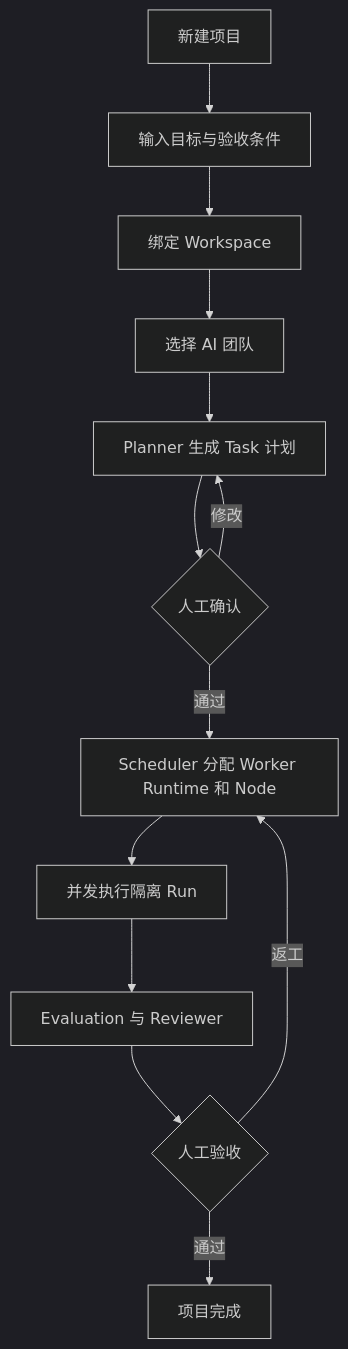
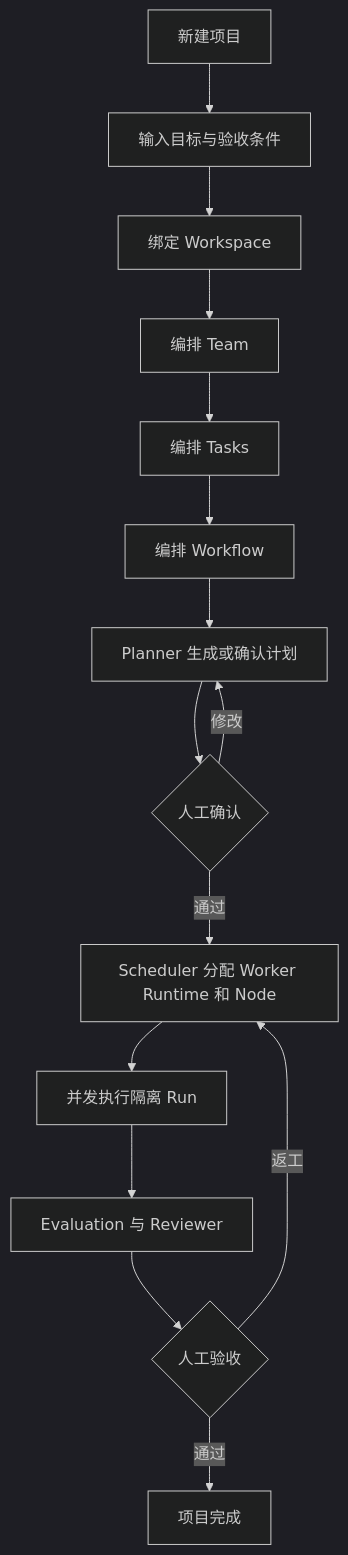
The first of 8 diagrams in docs/product-ui/02-core-user-flows.md (nicechencs/workforce), drawn with Mermaid (dark theme) before and after one commit. The commit also changed other lines of this file and 11 other files, not shown here.

````diff
--- a/docs/product-ui/02-core-user-flows.md
+++ b/docs/product-ui/02-core-user-flows.md
@@ -12,15 +12,17 @@
 ```mermaid
 flowchart TD
   Start[新建项目] --> Goal[输入目标与验收条件]
   Goal --> Workspace[绑定 Workspace]
-  Workspace --> Team[选择 AI 团队]
-  Team --> Plan[Planner 生成 Task 计划]
+  Workspace --> Team[编排 Team]
+  Team --> Tasks[编排 Tasks]
+  Tasks --> Flow[编排 Workflow]
+  Flow --> Plan[Planner 生成或确认计划]
   Plan --> Confirm{人工确认}
   Confirm -->|修改| Plan
   Confirm -->|通过| Schedule[Scheduler 分配 Worker Runtime 和 Node]
   Schedule --> Execute[并发执行隔离 Run]
   Execute --> Review[Evaluation 与 Reviewer]
   Review --> Approval{人工验收}
   Approval -->|返工| Schedule
   Approval -->|通过| Complete[项目完成]
 ```
````
